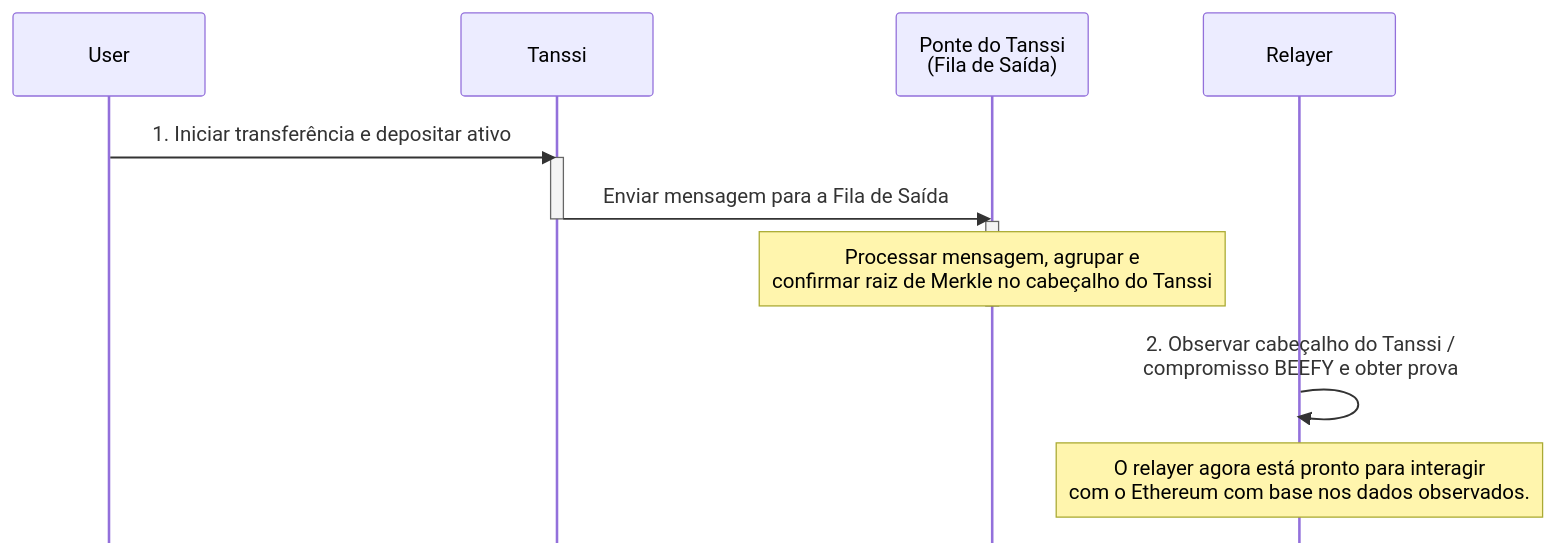
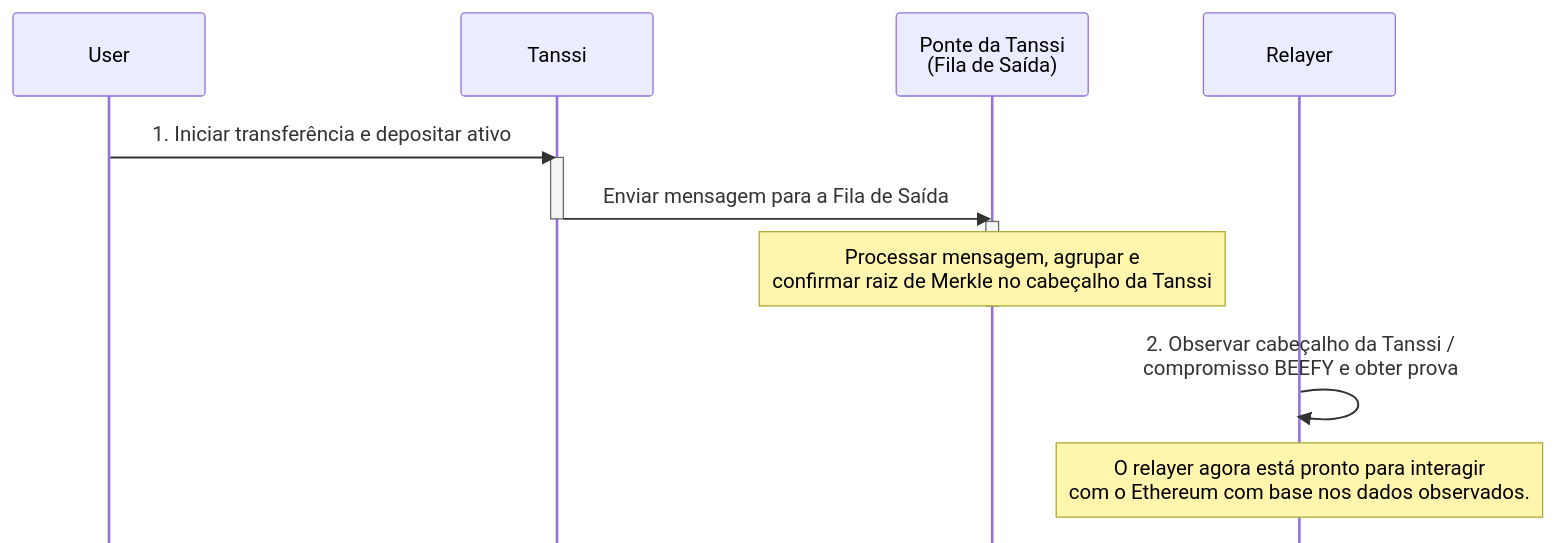
The sixth of 7 diagrams in pt/learn/tanssi/tanssi-ethereum-bridge.md (moondance-labs/tanssi-docs), drawn with Mermaid before and after one commit. The commit also changed other lines of this file and 103 other files, not shown here.

````diff
--- a/pt/learn/tanssi/tanssi-ethereum-bridge.md
+++ b/pt/learn/tanssi/tanssi-ethereum-bridge.md
@@ -197,20 +197,20 @@
 ```mermaid
 sequenceDiagram
     %%{init: {'sequence': {'mirrorActors': false}}}%%
     participant User
     participant TAH as Tanssi
-    participant TBP as Ponte do Tanssi<br/> (Fila de Saída)
+    participant TBP as Ponte da Tanssi<br/> (Fila de Saída)
     participant Relayer
 
     User->>TAH: 1. Iniciar transferência e depositar ativo
     activate TAH
     TAH->>TBP: Enviar mensagem para a Fila de Saída
     deactivate TAH
 
     activate TBP
-    Note over TBP: Processar mensagem, agrupar e<br/>confirmar raiz de Merkle no cabeçalho do Tanssi
+    Note over TBP: Processar mensagem, agrupar e<br/>confirmar raiz de Merkle no cabeçalho da Tanssi
     deactivate TBP
 
-    Relayer->>Relayer: 2. Observar cabeçalho do Tanssi /<br/>compromisso BEEFY e obter prova
+    Relayer->>Relayer: 2. Observar cabeçalho da Tanssi /<br/>compromisso BEEFY e obter prova
     Note over Relayer: O relayer agora está pronto para interagir<br/>com o Ethereum com base nos dados observados.
 ```
````
